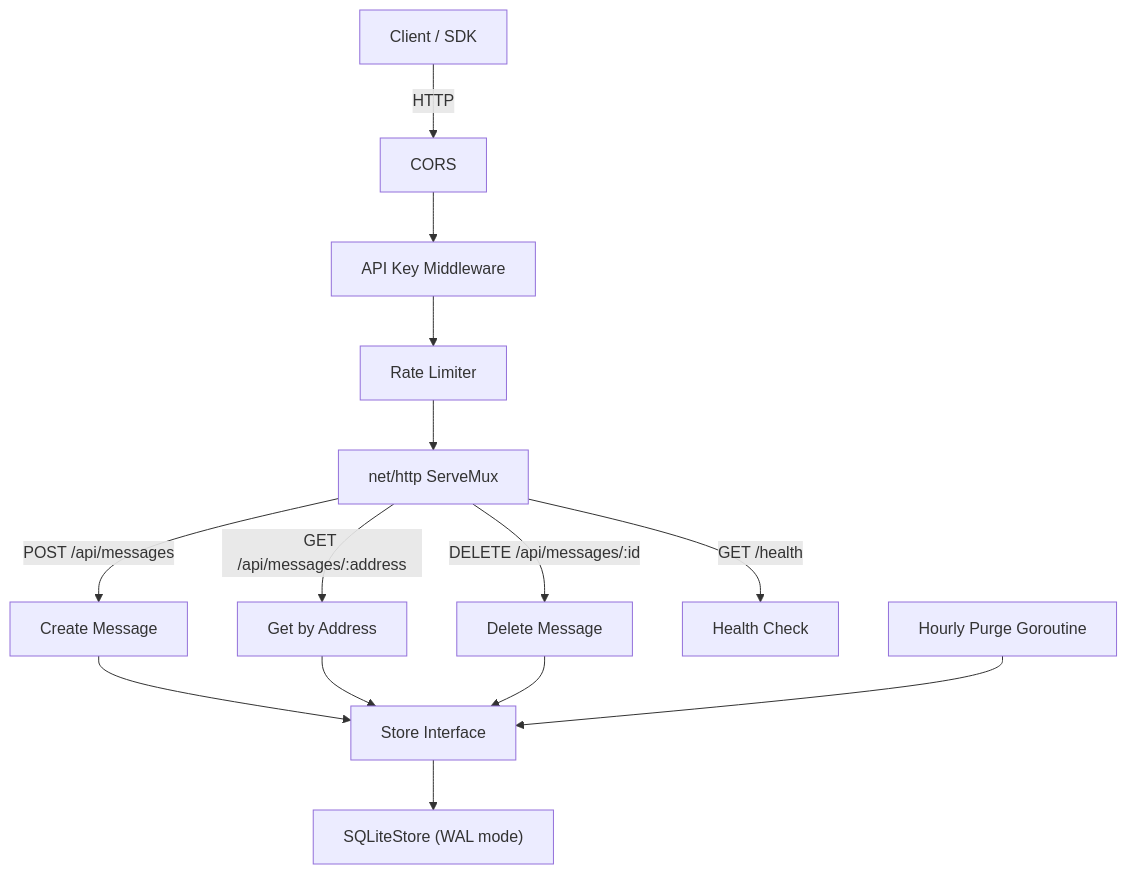
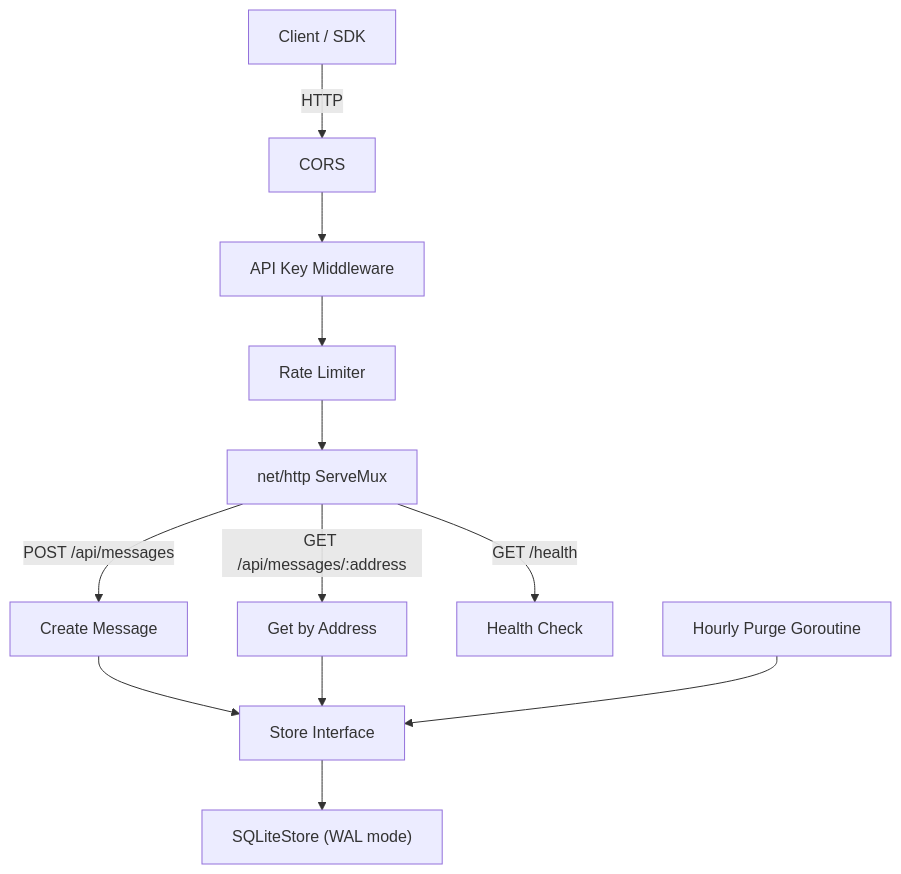
Before and after one commit to AOSSIE-Org/ThruBox-Server: the diagram in README.md, drawn with Mermaid. The commit also changed other lines of this file and 12 other files, not shown here.

First line of the commit message:
Remove the DELETE /api/messages/{id} endpoint

````diff
--- a/README.md
+++ b/README.md
@@ -93,14 +93,13 @@
 ```mermaid
 graph TD
     Client["Client / SDK"] -->|HTTP| MW0["CORS"]
     MW0 --> MW1["API Key Middleware"]
     MW1 --> MW2["Rate Limiter"]
     MW2 --> Mux["net/http ServeMux"]
     Mux -->|"POST /api/messages"| H1["Create Message"]
     Mux -->|"GET /api/messages/:address"| H2["Get by Address"]
-    Mux -->|"DELETE /api/messages/:id"| H3["Delete Message"]
     Mux -->|"GET /health"| H4["Health Check"]
-    H1 & H2 & H3 --> Store["Store Interface"]
+    H1 & H2 --> Store["Store Interface"]
     Store --> SQLite["SQLiteStore (WAL mode)"]
     BG["Hourly Purge Goroutine"] --> Store
 ```
````
